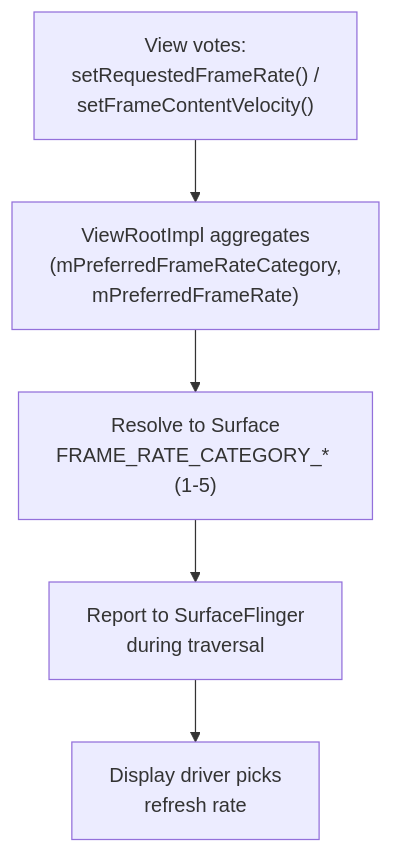
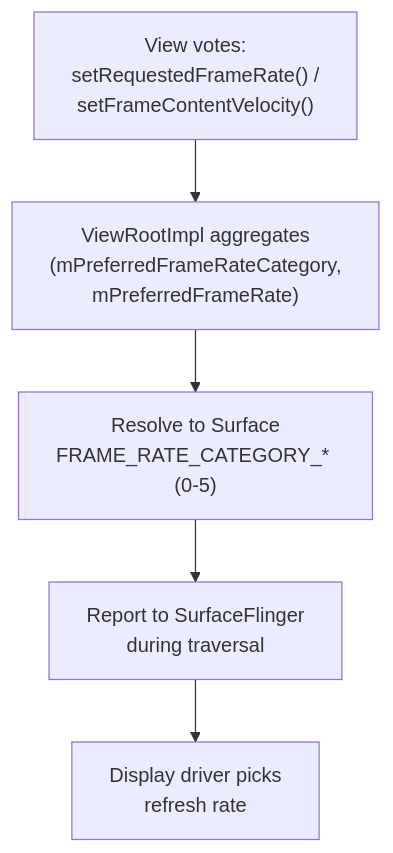
One commit to aospbooks/aosp-internal-book changed diagram 40 of 40 in agents/claude/skills/aosp-framework-core/25-view-system.md. Above: the diagram before and after it, drawn with Mermaid. The commit also changed other lines of this file and 218 other files, not shown here.

````diff
--- a/agents/claude/skills/aosp-framework-core/25-view-system.md
+++ b/agents/claude/skills/aosp-framework-core/25-view-system.md
@@ -3357,7 +3369,7 @@
 ```mermaid
 graph TD
     Vote["View votes:<br/>setRequestedFrameRate() /<br/>setFrameContentVelocity()"] --> Agg["ViewRootImpl aggregates<br/>(mPreferredFrameRateCategory,<br/>mPreferredFrameRate)"]
-    Agg --> Resolve["Resolve to Surface<br/>FRAME_RATE_CATEGORY_* (1-5)"]
+    Agg --> Resolve["Resolve to Surface<br/>FRAME_RATE_CATEGORY_* (0-5)"]
     Resolve --> SF["Report to SurfaceFlinger<br/>during traversal"]
     SF --> Panel["Display driver picks<br/>refresh rate"]
 ```
````
